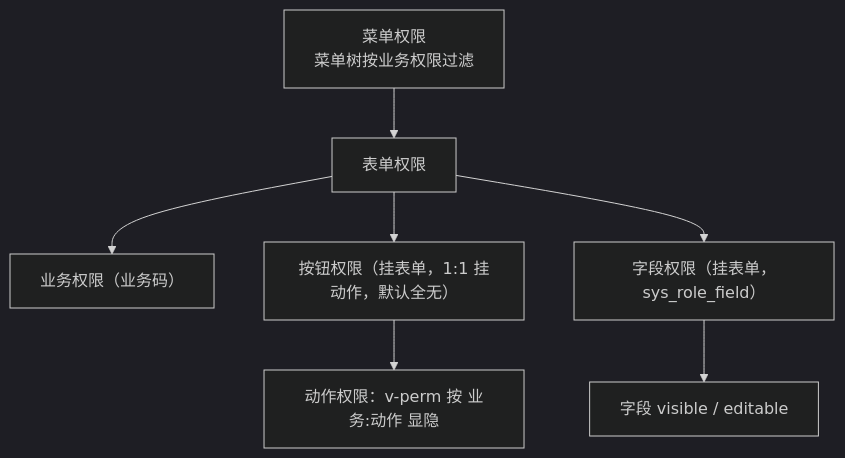
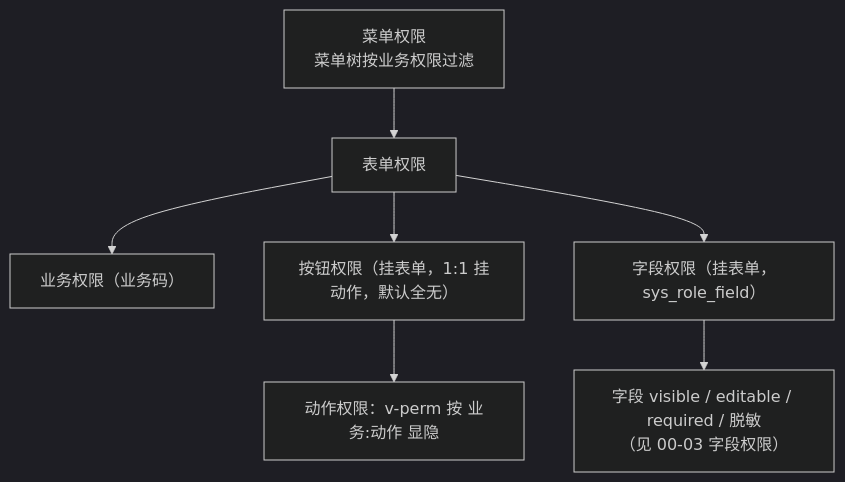
One commit to minjian123/basic-management-system changed the diagram in bms文档/设计/组件设计/04_基础类/02_组件设计_权限指令/02_组件设计_权限指令.md. Above: the diagram before and after it, drawn with Mermaid (dark theme). The commit also changed other lines of this file and 13 other files, not shown here.

Commit message:
docs(设计): 新增 00 基础组件类（基础输入组件基类 BaseInput/字段壳 FieldWrapper/字段权限 useFieldPerm/基础展示组件基类 DisplayBase）及可交互原型；字段权限从 04-02 提升为权威并回改 04-02 为动作权限指令；13 表单渲染器与字段类引用新基类；总览/文档首页/规划说明登记六类结构与 05 基础控件类（规划中）

````diff
--- a/bms文档/设计/组件设计/04_基础类/02_组件设计_权限指令/02_组件设计_权限指令.md
+++ b/bms文档/设计/组件设计/04_基础类/02_组件设计_权限指令/02_组件设计_权限指令.md
@@ -36,9 +36,9 @@
 ```mermaid
 graph TD
     MENU["菜单权限<br/>菜单树按业务权限过滤"] --> FORM["表单权限"]
     FORM --> BIZ["业务权限（业务码）"]
     FORM --> BTN["按钮权限（挂表单，1:1 挂动作，默认全无）"]
     FORM --> FIELD["字段权限（挂表单，sys_role_field）"]
     BTN --> ACT["动作权限：v-perm 按 业务:动作 显隐"]
-    FIELD --> FE["字段 visible / editable"]
+    FIELD --> FE["字段 visible / editable / required / 脱敏<br/>（见 00-03 字段权限）"]
 ```
````
